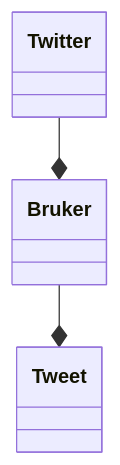
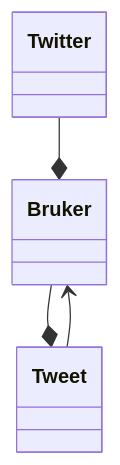
Before and after one commit to thorcc/it2-bok: the second of 2 diagrams in src/content/docs/twitter/1-ide.mdx, drawn with Mermaid. The commit also changed other lines of this file and 3 other files, not shown here.

````diff
--- a/src/content/docs/twitter/1-ide.mdx
+++ b/src/content/docs/twitter/1-ide.mdx
@@ -136,5 +82,6 @@
 ```mermaid
 classDiagram
 Twitter --* Bruker
 Bruker --* Tweet
+Tweet --> Bruker
 ```
````
